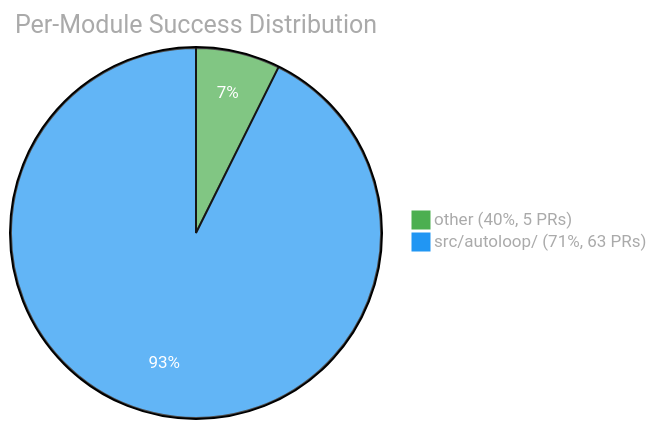
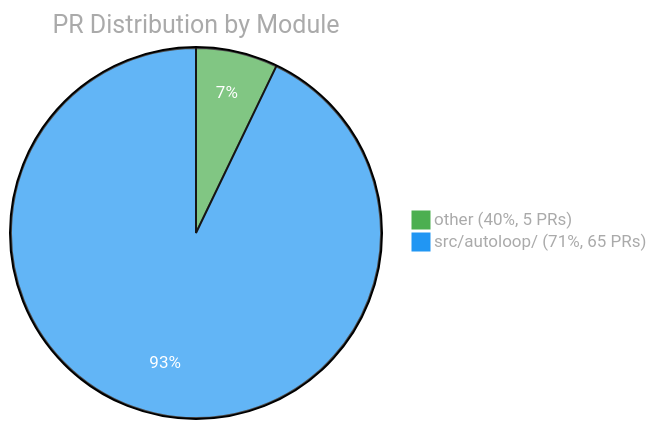
The third of 3 diagrams in EVAL.md (Sanctum-Origo-Systems/autoloop), drawn with Mermaid before and after one commit. The commit also changed other lines of this file and 1 other file, not shown here.

````diff
--- a/EVAL.md
+++ b/EVAL.md
@@ -47,6 +47,6 @@
 ```mermaid
 %%{init: {'theme': 'base', 'themeVariables': {'pie1': '#4CAF50', 'pie2': '#2196F3', 'pie3': '#FF9800', 'pie4': '#E91E63', 'pie5': '#9C27B0', 'pie6': '#00BCD4', 'pieTitleTextColor': '#aaa', 'pieLegendTextColor': '#aaa', 'pieSectionTextColor': '#fff'}}}%%
-pie title Per-Module Success Distribution
+pie title PR Distribution by Module
     "other (40%, 5 PRs)" : 5
-    "src/autoloop/ (71%, 63 PRs)" : 63
+    "src/autoloop/ (71%, 65 PRs)" : 65
 ```
````
